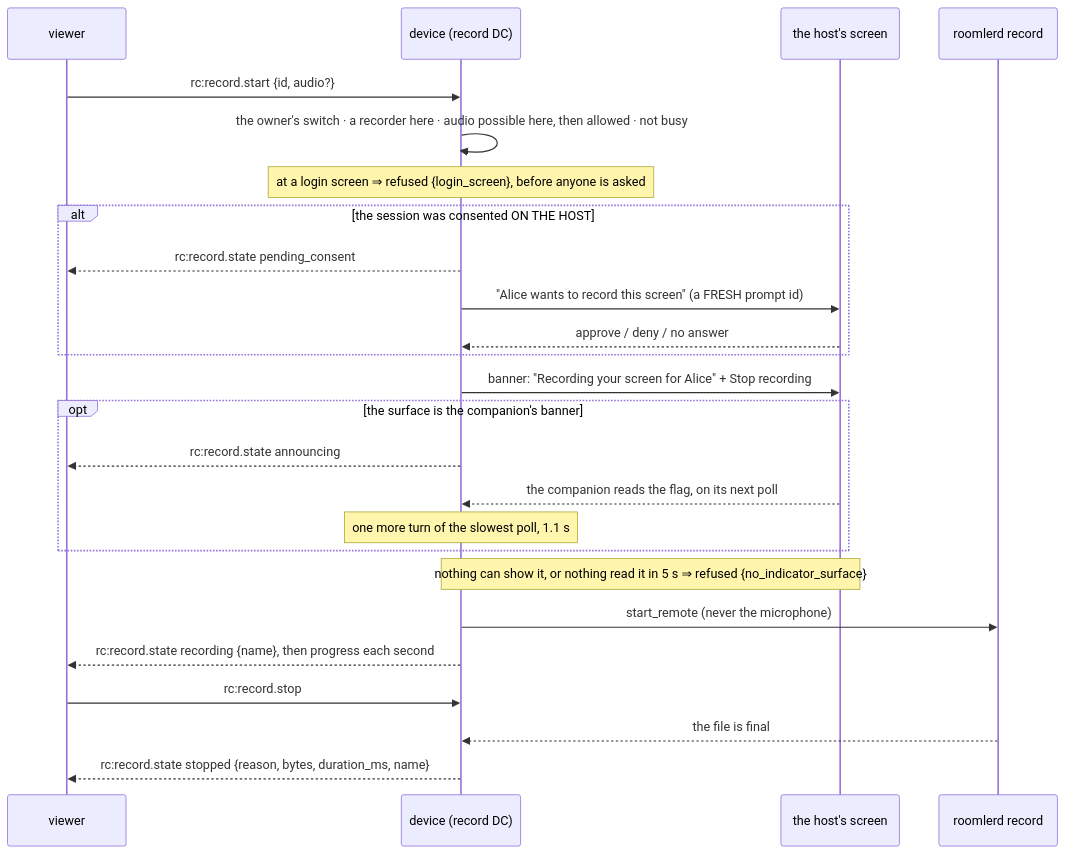
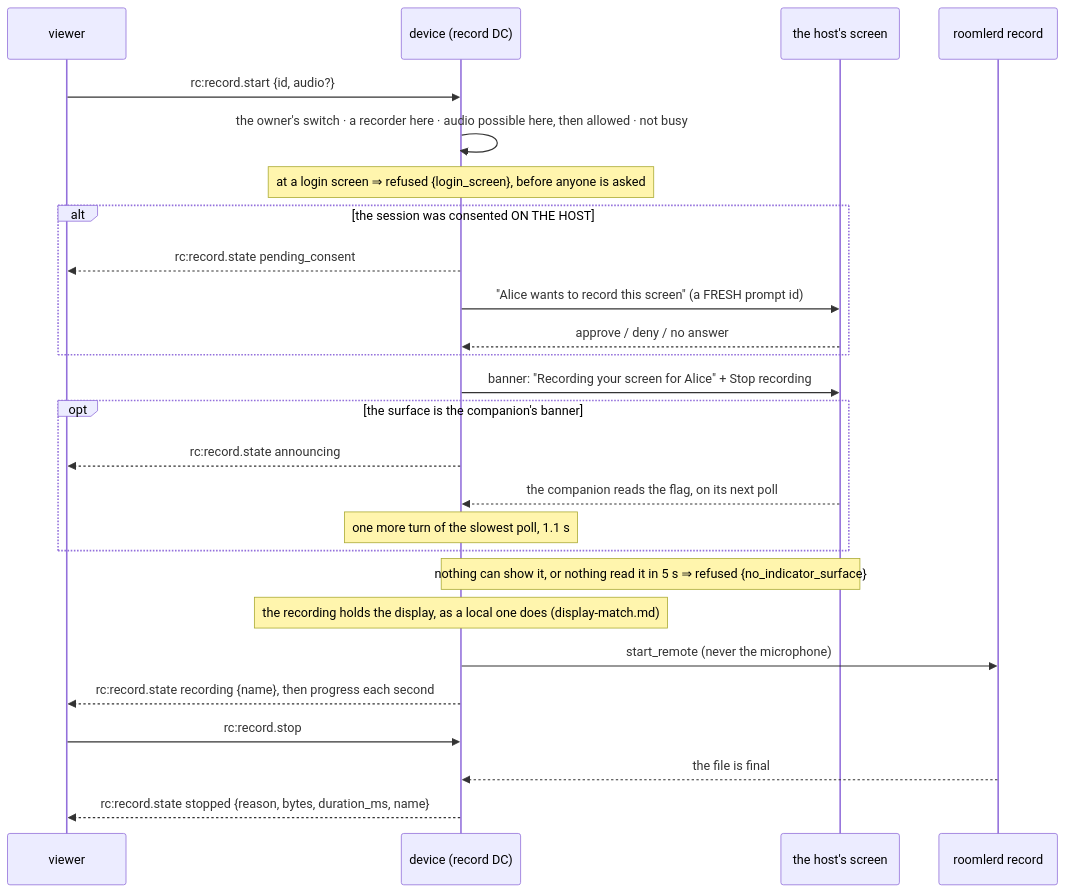
Before and after one commit to gjovanov/roomler-ai: the tenth of 15 diagrams in docs/recording.md, drawn with Mermaid. The commit also changed other lines of this file and 3 other files, not shown here.

First line of the commit message:
docs(display-match): a recording holds the display (FR-108 P1c, #3467)

````diff
--- a/docs/recording.md
+++ b/docs/recording.md
@@ -973,28 +977,29 @@
 ```mermaid
 sequenceDiagram
     participant V as viewer
     participant D as device (record DC)
     participant H as the host's screen
     participant R as roomlerd record
 
     V->>D: rc:record.start {id, audio?}
     D->>D: the owner's switch · a recorder here · audio possible here, then allowed · not busy
     Note over D: at a login screen ⇒ refused {login_screen}, before anyone is asked
     alt the session was consented ON THE HOST
         D-->>V: rc:record.state pending_consent
         D->>H: "Alice wants to record this screen" (a FRESH prompt id)
         H-->>D: approve / deny / no answer
     end
     D->>H: banner: "Recording your screen for Alice" + Stop recording
     opt the surface is the companion's banner
         D-->>V: rc:record.state announcing
         H-->>D: the companion reads the flag, on its next poll
         Note over D: one more turn of the slowest poll, 1.1 s
     end
     Note over D,H: nothing can show it, or nothing read it in 5 s ⇒ refused {no_indicator_surface}
+    Note over D: the recording holds the display, as a local one does (display-match.md)
     D->>R: start_remote (never the microphone)
     D-->>V: rc:record.state recording {name}, then progress each second
     V->>D: rc:record.stop
     R-->>D: the file is final
     D-->>V: rc:record.state stopped {reason, bytes, duration_ms, name}
 ```
````
